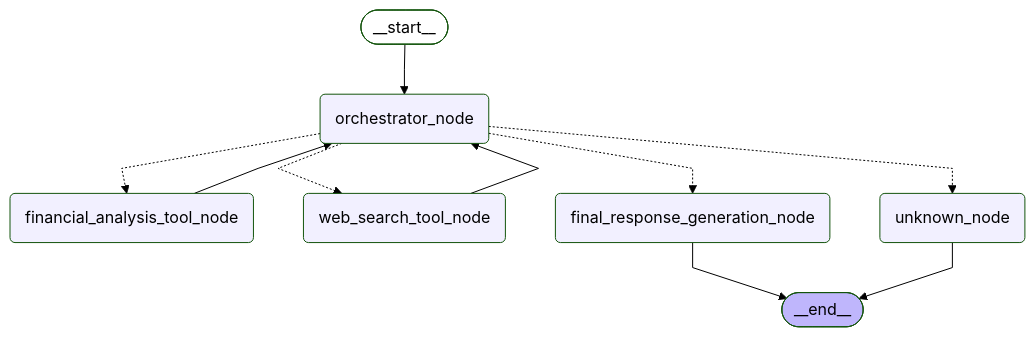
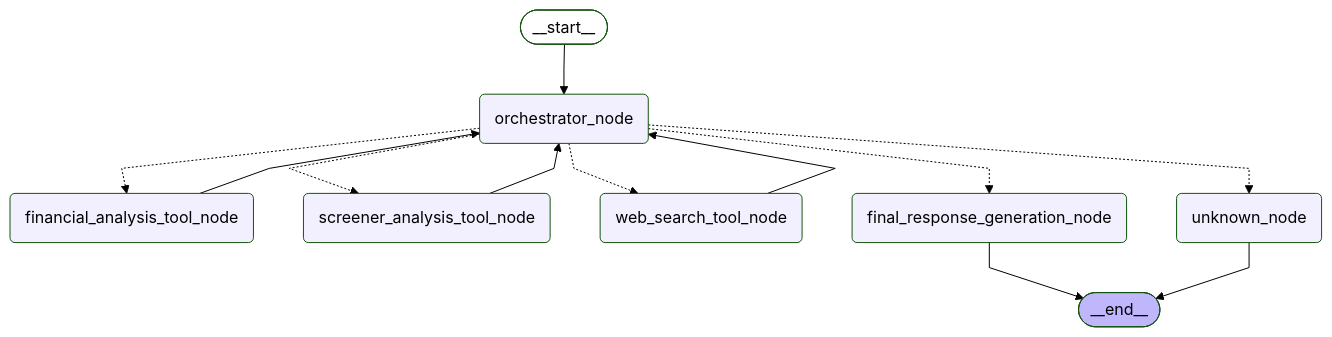
Before and after one commit to deepjyotk/finto: the diagram in wiki/artifacts/langgraph-mermaid.mermaid, drawn with Mermaid (forest theme). The commit also changed 18 other files, not shown here.

First line of the commit message:
Implement HITL form handling and screener analysis enhancements

```diff
--- a/wiki/artifacts/langgraph-mermaid.mermaid
+++ b/wiki/artifacts/langgraph-mermaid.mermaid
@@ -1,25 +1,28 @@
 ---
 config:
   flowchart:
     curve: linear
 ---
 graph TD;
 	__start__([<p>__start__</p>]):::first
 	orchestrator_node(orchestrator_node)
 	financial_analysis_tool_node(financial_analysis_tool_node)
+	screener_analysis_tool_node(screener_analysis_tool_node)
 	web_search_tool_node(web_search_tool_node)
 	final_response_generation_node(final_response_generation_node)
 	unknown_node(unknown_node)
 	__end__([<p>__end__</p>]):::last
 	__start__ --> orchestrator_node;
+	financial_analysis_tool_node --> orchestrator_node;
+	orchestrator_node -.-> final_response_generation_node;
+	orchestrator_node -.-> financial_analysis_tool_node;
+	orchestrator_node -.-> screener_analysis_tool_node;
+	orchestrator_node -.-> unknown_node;
+	orchestrator_node -.-> web_search_tool_node;
+	screener_analysis_tool_node --> orchestrator_node;
 	web_search_tool_node --> orchestrator_node;
-	orchestrator_node -.-> final_response_generation_node;
-	orchestrator_node -.-> web_search_tool_node;
-	orchestrator_node -.-> financial_analysis_tool_node;
-	orchestrator_node -.-> unknown_node;
-	financial_analysis_tool_node --> orchestrator_node;
 	final_response_generation_node --> __end__;
 	unknown_node --> __end__;
 	classDef default fill:#f2f0ff,line-height:1.2
 	classDef first fill-opacity:0
 	classDef last fill:#bfb6fc
```
